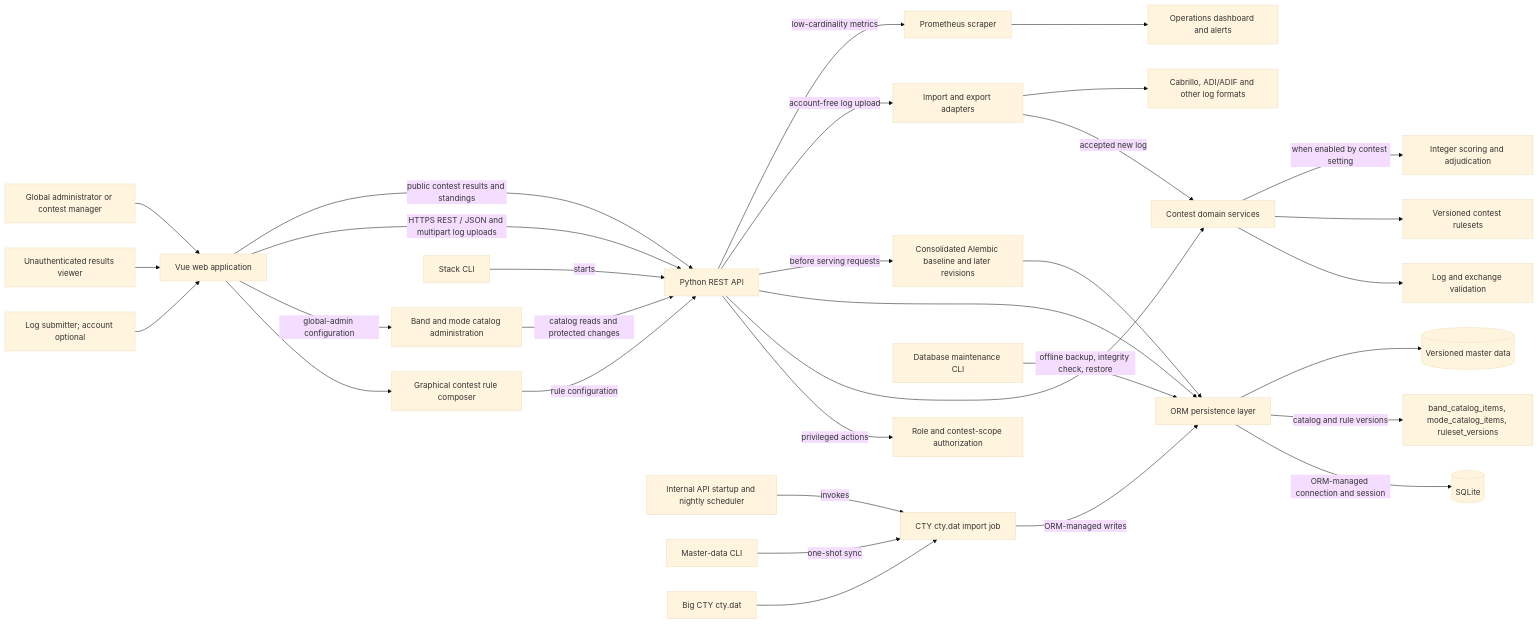
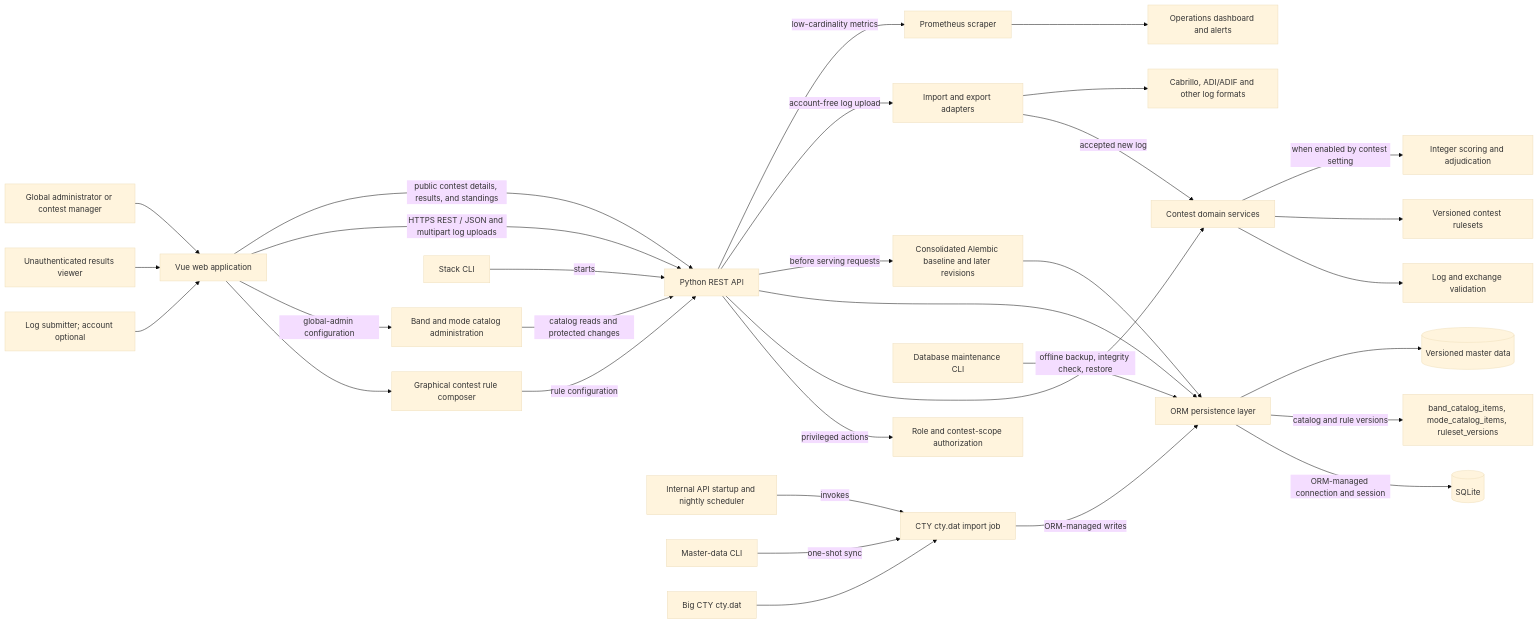
One commit to ea7klk/contestmaster changed the first of 3 diagrams in documentation/README.md. Above: the diagram before and after it, drawn with Mermaid (base theme). The commit also changed other lines of this file and 2 other files, not shown here.

First line of the commit message:
Synchronize architecture docs with contest descriptions

````diff
--- a/documentation/README.md
+++ b/documentation/README.md
@@ -79,34 +79,34 @@
 ```mermaid
 flowchart LR
     Participant[Log submitter; account optional] --> Web[Vue web application]
     Visitor[Unauthenticated results viewer] --> Web
     PrivilegedUser[Global administrator or contest manager] --> Web
     Web --> Composer[Graphical contest rule composer]
     Web -->|global-admin configuration| CatalogAdmin[Band and mode catalog administration]
     Composer -->|rule configuration| API[Python REST API]
     CatalogAdmin -->|catalog reads and protected changes| API
     Web -->|HTTPS REST / JSON and multipart log uploads| API[Python REST API]
-    Web -->|public contest results and standings| API
+    Web -->|public contest details, results, and standings| API
     API -->|privileged actions| Auth[Role and contest-scope authorization]
     API --> Domain[Contest domain services]
     Domain --> Validation[Log and exchange validation]
     Domain --> Rules[Versioned contest rulesets]
     Domain -->|when enabled by contest setting| Scoring[Integer scoring and adjudication]
     API --> Store[ORM persistence layer]
     API -->|before serving requests| SchemaMigration[Consolidated Alembic baseline and later revisions]
     SchemaMigration --> Store
     Store -->|ORM-managed connection and session| DB[(SQLite)]
     Store -->|catalog and rule versions| OperatingCatalog[band_catalog_items, mode_catalog_items, ruleset_versions]
     API -->|account-free log upload| Adapters[Import and export adapters]
     Adapters -->|accepted new log| Domain
     Adapters --> Formats[Cabrillo, ADI/ADIF and other log formats]
     Timer[Internal API startup and nightly scheduler] -->|invokes| MasterImport[CTY cty.dat import job]
     StackCLI[Stack CLI] -->|starts| API
     MasterCLI[Master-data CLI] -->|one-shot sync| MasterImport
     DBCLI[Database maintenance CLI] -->|offline backup, integrity check, restore| Store
     API -->|low-cardinality metrics| Prometheus[Prometheus scraper]
     Prometheus --> Dashboard[Operations dashboard and alerts]
     CTYSource[Big CTY cty.dat] --> MasterImport
     MasterImport -->|ORM-managed writes| Store
     Store --> ReferenceData[(Versioned master data)]
 ```
````
